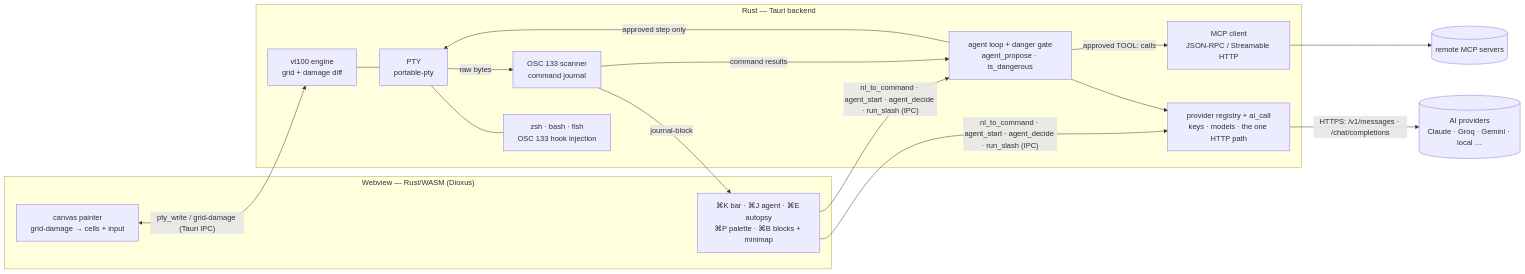
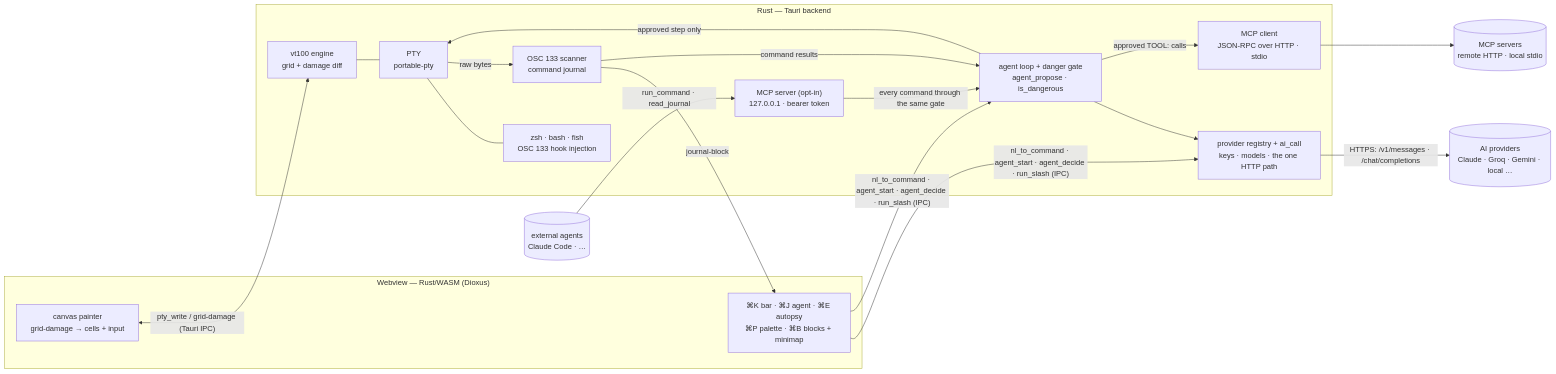
One commit to ayushap18/tachyon changed the diagram in README.md. Above: the diagram before and after it, drawn with Mermaid. The commit also changed other lines of this file and 2 other files, not shown here.

First line of the commit message:
README: document what Phase 4 shipped; stop tracking local Claude state

````diff
--- a/README.md
+++ b/README.md
@@ -67,28 +71,31 @@
 ```mermaid
 flowchart LR
   subgraph WV["Webview — Rust/WASM (Dioxus)"]
     XT["canvas painter<br/>grid-damage → cells + input"]
     UI["⌘K bar · ⌘J agent · ⌘E autopsy<br/>⌘P palette · ⌘B blocks + minimap"]
   end
   subgraph RS["Rust — Tauri backend"]
     PTY["PTY<br/>portable-pty"]
     ENG["vt100 engine<br/>grid + damage diff"]
     OSC["OSC 133 scanner<br/>command journal"]
     INJ["zsh · bash · fish<br/>OSC 133 hook injection"]
     REG["provider registry + ai_call<br/>keys · models · the one HTTP path"]
     GATE["agent loop + danger gate<br/>agent_propose · is_dangerous"]
-    MCP["MCP client<br/>JSON-RPC / Streamable HTTP"]
+    MCP["MCP client<br/>JSON-RPC over HTTP · stdio"]
+    SRV2["MCP server (opt-in)<br/>127.0.0.1 · bearer token"]
   end
   XT <-- "pty_write / grid-damage (Tauri IPC)" --> ENG
   ENG --- PTY
   PTY --- INJ
   PTY -- "raw bytes" --> OSC
   OSC -- "journal-block" --> UI
   OSC -- "command results" --> GATE
   UI -- "nl_to_command · agent_start · agent_decide · run_slash (IPC)" --> REG & GATE
   GATE -- "approved step only" --> PTY
   GATE --> REG
   GATE -- "approved TOOL: calls" --> MCP
   REG -- "HTTPS: /v1/messages · /chat/completions" --> EXT[("AI providers<br/>Claude · Groq · Gemini · local …")]
-  MCP --> SRV[("remote MCP servers")]
+  MCP --> SRV[("MCP servers<br/>remote HTTP · local stdio")]
+  EXTAG[("external agents<br/>Claude Code · …")] -- "run_command · read_journal" --> SRV2
+  SRV2 -- "every command through the same gate" --> GATE
 ```
````
